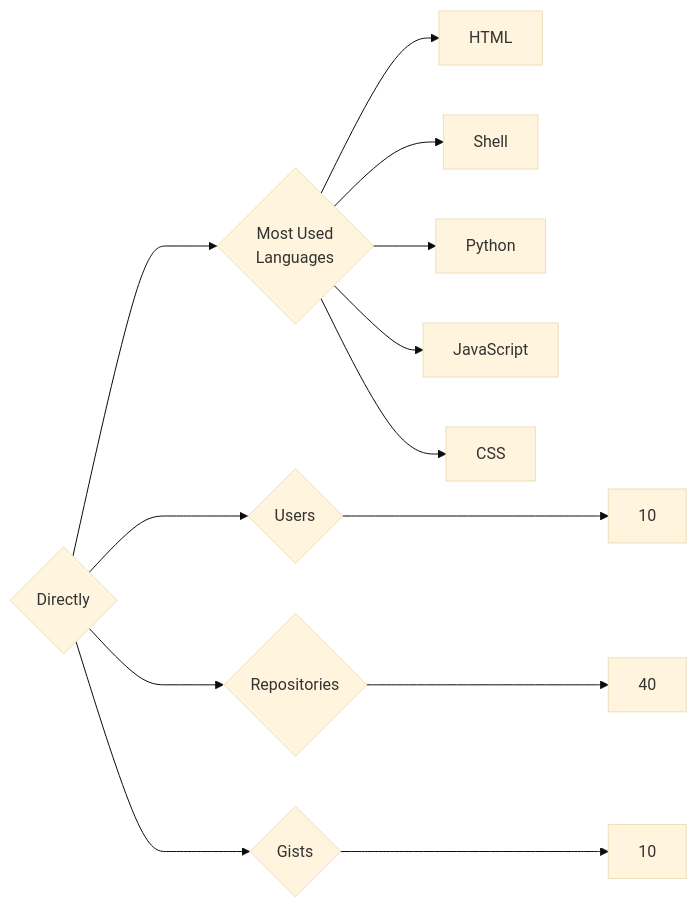
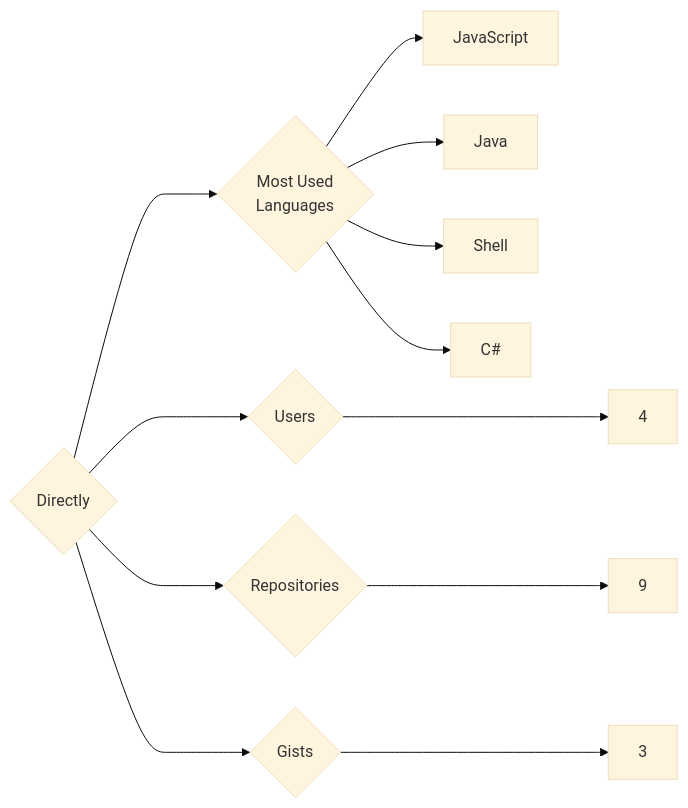
One commit to trickest/insiders changed the diagram in targets/Directly/README.md. Above: the diagram before and after it, drawn with Mermaid (base theme). The commit also changed 860 other files, not shown here.

````diff
--- a/targets/Directly/README.md
+++ b/targets/Directly/README.md
@@ -3,13 +3,12 @@
 ```mermaid
 graph LR
 COMPANY_NAME{Directly}
-COMPANY_NAME ---> U{Users} ---> UN[10]
-COMPANY_NAME ---> R{Repositories} ---> RN[40]
-COMPANY_NAME ---> G{Gists} ---> GN[10]
+COMPANY_NAME ---> U{Users} ---> UN[4]
+COMPANY_NAME ---> R{Repositories} ---> RN[9]
+COMPANY_NAME ---> G{Gists} ---> GN[3]
 COMPANY_NAME ---> ML{Most Used<br>Languages}
-ML --> HTML[HTML]
+ML --> JavaScript[JavaScript]
+ML --> Java[Java]
 ML --> Shell[Shell]
-ML --> Python[Python]
-ML --> JavaScript[JavaScript]
-ML --> CSS[CSS]
+ML --> C#[C#]
 ```
````
